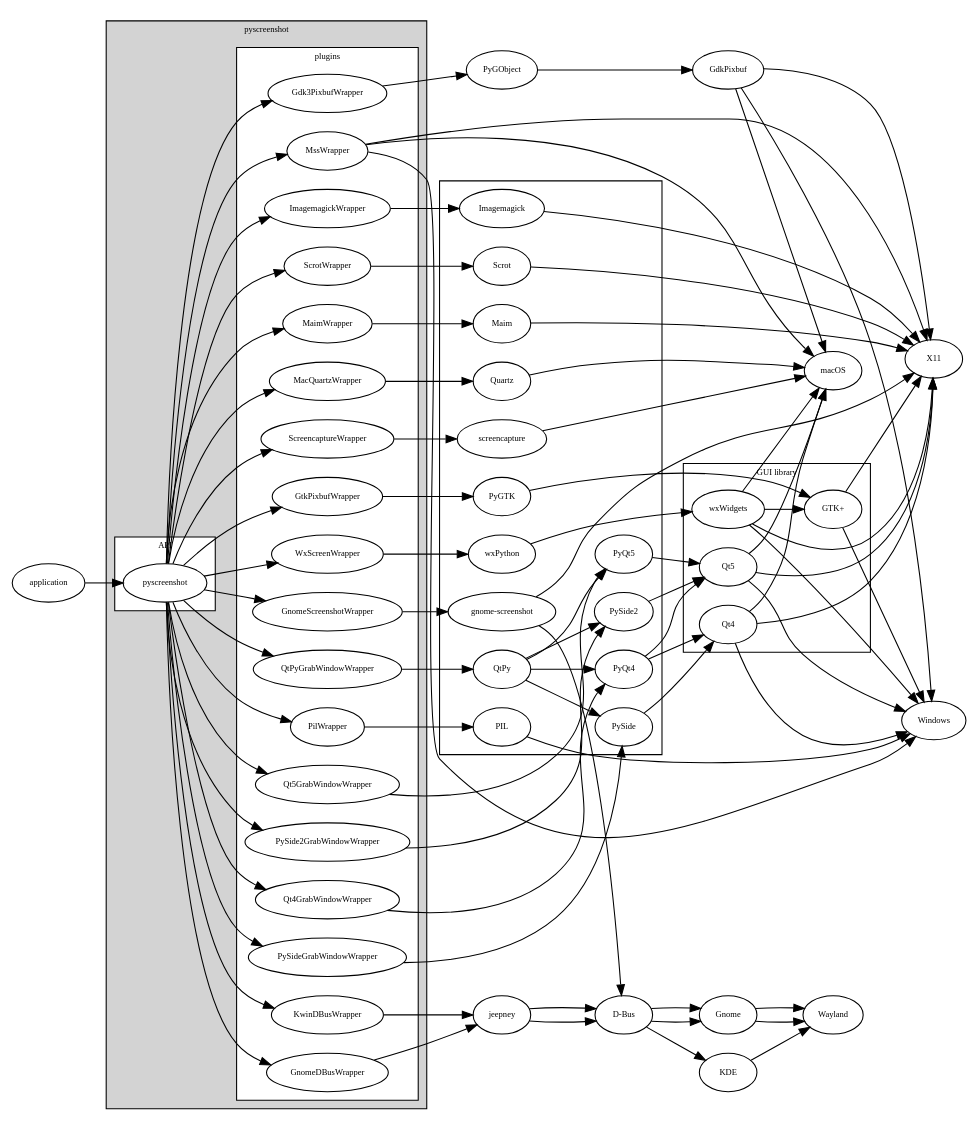
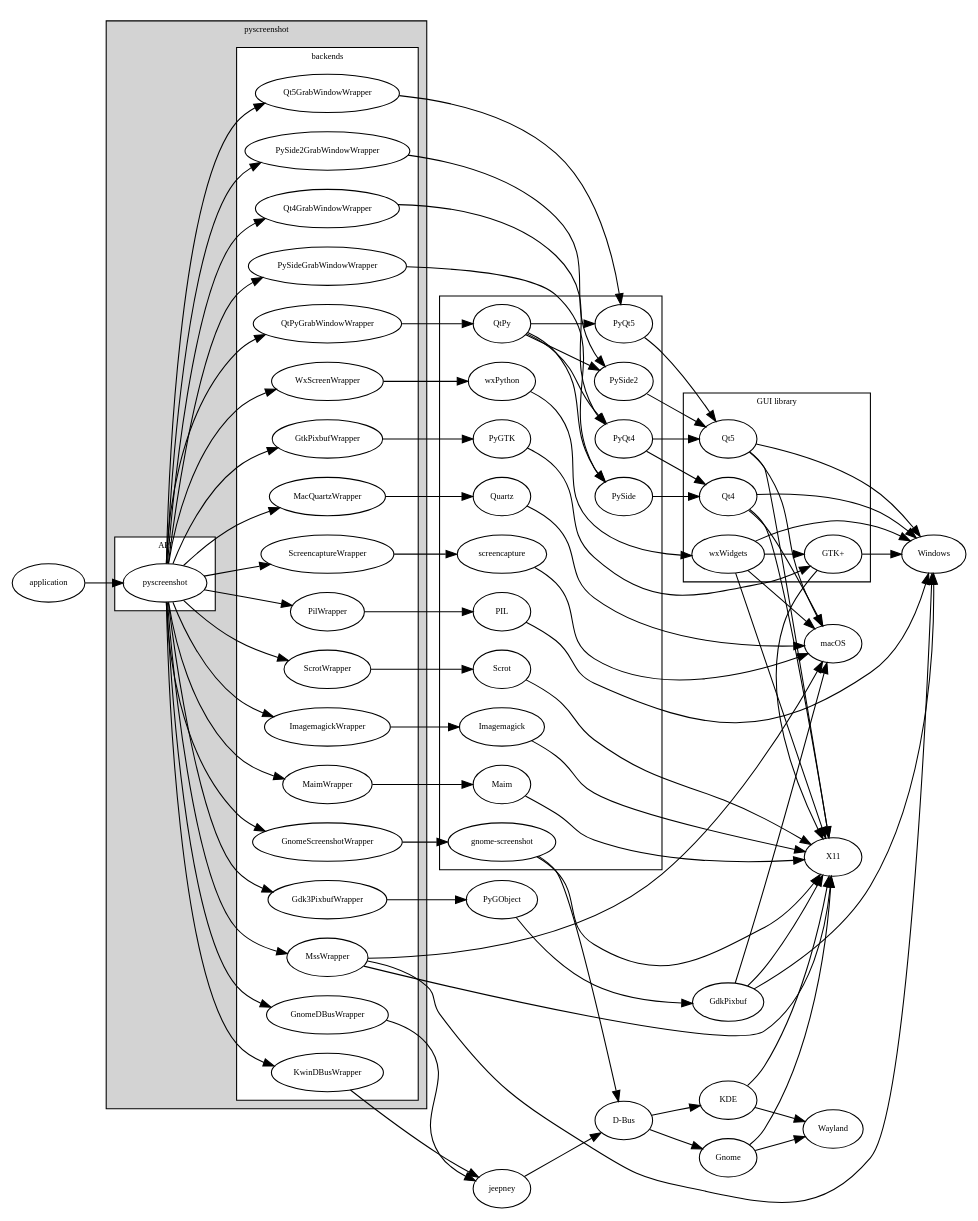
One commit to ponty/pyscreenshot changed the diagram in hierarchy.dot. Above: the diagram before and after it, drawn with Graphviz.

```diff
--- a/hierarchy.dot
+++ b/hierarchy.dot
@@ -1,121 +1,132 @@
 digraph G {
     rankdir=LR;
     node [fontsize=8];
     fontsize=8;
 
     subgraph cluster_0 {
         label = "pyscreenshot";
         style=filled;
         fillcolor=lightgrey;
         subgraph cluster_1 {
             label = "API";
             style=filled;
             fillcolor=white;
 
             pyscreenshot;
         }
         subgraph cluster_2 {
             style=filled;
             fillcolor=white;
-            label = "plugins";
+            label = "backends";
 
             pyscreenshot -> GtkPixbufWrapper;
             pyscreenshot -> Qt4GrabWindowWrapper;
             pyscreenshot -> Qt5GrabWindowWrapper;
             pyscreenshot -> PySideGrabWindowWrapper;
             pyscreenshot -> PySide2GrabWindowWrapper;
             pyscreenshot -> QtPyGrabWindowWrapper;
             pyscreenshot -> PilWrapper;
             pyscreenshot -> ImagemagickWrapper;
             pyscreenshot -> WxScreenWrapper;
             pyscreenshot -> ScrotWrapper;
             pyscreenshot -> MaimWrapper;
             pyscreenshot -> MacQuartzWrapper
             pyscreenshot -> ScreencaptureWrapper
             pyscreenshot -> Gdk3PixbufWrapper
             pyscreenshot -> GnomeScreenshotWrapper
             pyscreenshot -> GnomeDBusWrapper
             pyscreenshot -> KwinDBusWrapper
             pyscreenshot -> MssWrapper
         }
     }
     subgraph cluster_3 {
         PIL;
         wxPython;
         PyQt4;
         PyQt5;
         PySide;
         PySide2;
         QtPy;
         PyGTK;
         screencapture;
         Quartz;
         Scrot;
         Maim;
         Imagemagick;
         "gnome-screenshot";
     }
     subgraph cluster_4 {
         label = "GUI library";
         Qt4;
         Qt5;
         wxWidgets;
         "GTK+";
     }
 
     Qt4GrabWindowWrapper -> PyQt4 -> Qt4;
     PyQt4 -> Qt5;
     Qt5GrabWindowWrapper -> PyQt5 -> Qt5;
     PySideGrabWindowWrapper -> PySide -> Qt4;
     PySide2GrabWindowWrapper -> PySide2 -> Qt5;
     
     QtPyGrabWindowWrapper -> QtPy;
     QtPy -> PySide;
     QtPy -> PySide2;
     QtPy -> PyQt4;
     QtPy -> PyQt5;
 
     Qt4 -> macOS;
     Qt4 -> Windows;
     Qt4 -> X11;
     Qt5 -> macOS;
     Qt5 -> Windows;
     Qt5 -> X11;
 
     PilWrapper -> PIL -> Windows;
     ImagemagickWrapper -> Imagemagick -> X11;
     ScrotWrapper -> Scrot -> X11;
     MaimWrapper -> Maim -> X11;
 
-    GnomeScreenshotWrapper -> "gnome-screenshot" -> X11;
-    "gnome-screenshot" -> "D-Bus" -> Gnome -> Wayland;
+    Gnome -> Wayland;
+    Gnome -> X11;
+    KDE -> Wayland;
+    KDE -> X11;
 
-    GnomeDBusWrapper -> jeepney -> "D-Bus" -> Gnome -> Wayland;
-    KwinDBusWrapper -> jeepney-> "D-Bus" -> KDE -> Wayland;
+    "D-Bus" -> Gnome;
+    "D-Bus" -> KDE;
+
+    jeepney-> "D-Bus";
+
+    GnomeScreenshotWrapper -> "gnome-screenshot";
+    "gnome-screenshot" -> X11;
+    "gnome-screenshot" -> "D-Bus";
+
+    GnomeDBusWrapper -> jeepney;
+    KwinDBusWrapper -> jeepney;
 
     GtkPixbufWrapper -> PyGTK -> "GTK+";
     //"GTK+" -> macOS;
     "GTK+" -> Windows;
     "GTK+" -> X11;
 
     Gdk3PixbufWrapper -> PyGObject -> GdkPixbuf;
     GdkPixbuf -> macOS;
     GdkPixbuf -> Windows;
     GdkPixbuf -> X11;
 
     WxScreenWrapper -> wxPython -> wxWidgets;
     wxWidgets -> "GTK+";
     wxWidgets -> macOS;
     wxWidgets -> Windows;
     wxWidgets -> X11;
 
     MacQuartzWrapper -> Quartz -> macOS;
     ScreencaptureWrapper -> screencapture -> macOS;
 
     MssWrapper -> X11;
     MssWrapper -> macOS;
     MssWrapper -> Windows;
 
     application -> pyscreenshot;
 
 }
```
